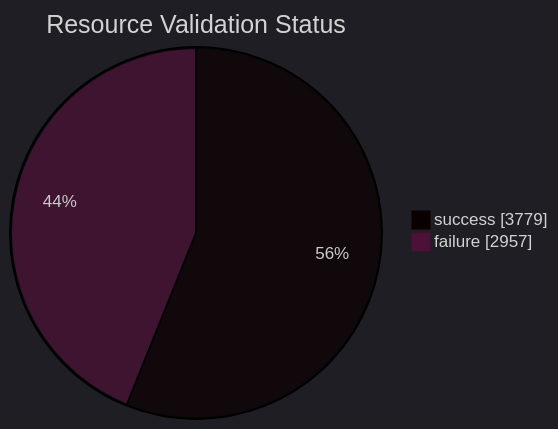
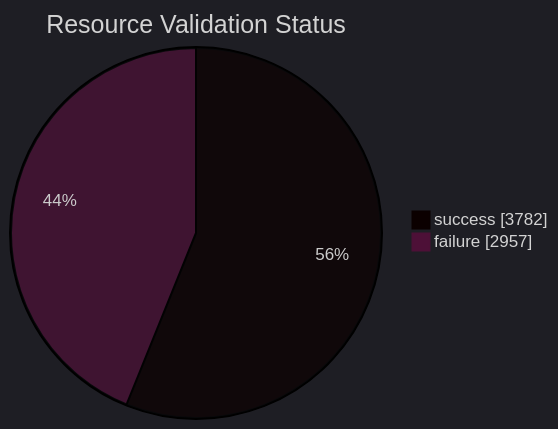
One commit to open-data/analytics-corporate-reporting changed the diagram in datastore_tracker/resource_validation_status_pie_chart.md. Above: the diagram before and after it, drawn with Mermaid. The commit also changed 9 other files, not shown here.

````diff
--- a/datastore_tracker/resource_validation_status_pie_chart.md
+++ b/datastore_tracker/resource_validation_status_pie_chart.md
@@ -2,9 +2,9 @@
 ```mermaid
 ---
 config:
   theme: dark
 ---
 pie showData title Resource Validation Status
-    "success": 3779
+    "success": 3782
     "failure": 2957
 ```
````
